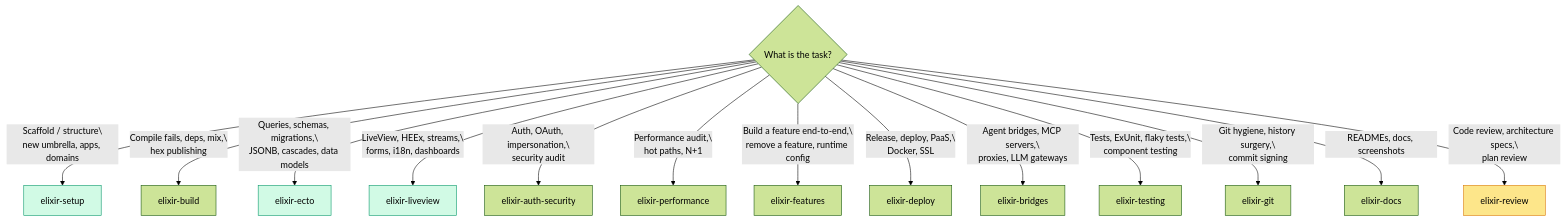
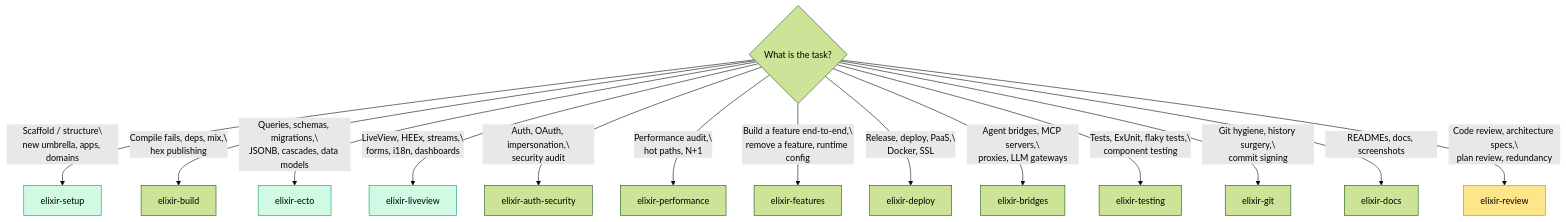
One commit to alvarolizama/elixir-skills changed the diagram in SKILL.md. Above: the diagram before and after it, drawn with Mermaid (forest theme). The commit also changed 2 other files, not shown here.

Commit message:
feat(review): absorb elixir-code-redundancy-audit into elixir-review

````diff
--- a/SKILL.md
+++ b/SKILL.md
@@ -74,21 +74,21 @@
 ```mermaid
 flowchart TD
   Q{What is the task?} -->|"Scaffold / structure\\nnew umbrella, apps, domains"| SETUP[elixir-setup]
   Q -->|"Compile fails, deps, mix,\\nhex publishing"| BUILD[elixir-build]
   Q -->|"Queries, schemas, migrations,\\nJSONB, cascades, data models"| ECTO[elixir-ecto]
   Q -->|"LiveView, HEEx, streams,\\nforms, i18n, dashboards"| LV[elixir-liveview]
   Q -->|"Auth, OAuth, impersonation,\\nsecurity audit"| AUTH[elixir-auth-security]
   Q -->|"Performance audit,\\nhot paths, N+1"| PERF[elixir-performance]
   Q -->|"Build a feature end-to-end,\\nremove a feature, runtime config"| FEAT[elixir-features]
   Q -->|"Release, deploy, PaaS,\\nDocker, SSL"| DEPLOY[elixir-deploy]
   Q -->|"Agent bridges, MCP servers,\\nproxies, LLM gateways"| BRIDGES[elixir-bridges]
   Q -->|"Tests, ExUnit, flaky tests,\\ncomponent testing"| TEST[elixir-testing]
   Q -->|"Git hygiene, history surgery,\\ncommit signing"| GIT[elixir-git]
   Q -->|"READMEs, docs, screenshots"| DOCS[elixir-docs]
-  Q -->|"Code review, architecture specs,\\nplan review"| REVIEW[elixir-review]
+  Q -->|"Code review, architecture specs,\\nplan review, redundancy"| REVIEW[elixir-review]
 
   style SETUP fill:#d1fae5,stroke:#059669
   style ECTO fill:#d1fae5,stroke:#059669
   style LV fill:#d1fae5,stroke:#059669
   style REVIEW fill:#fde68a,stroke:#d97706
 ```
````
